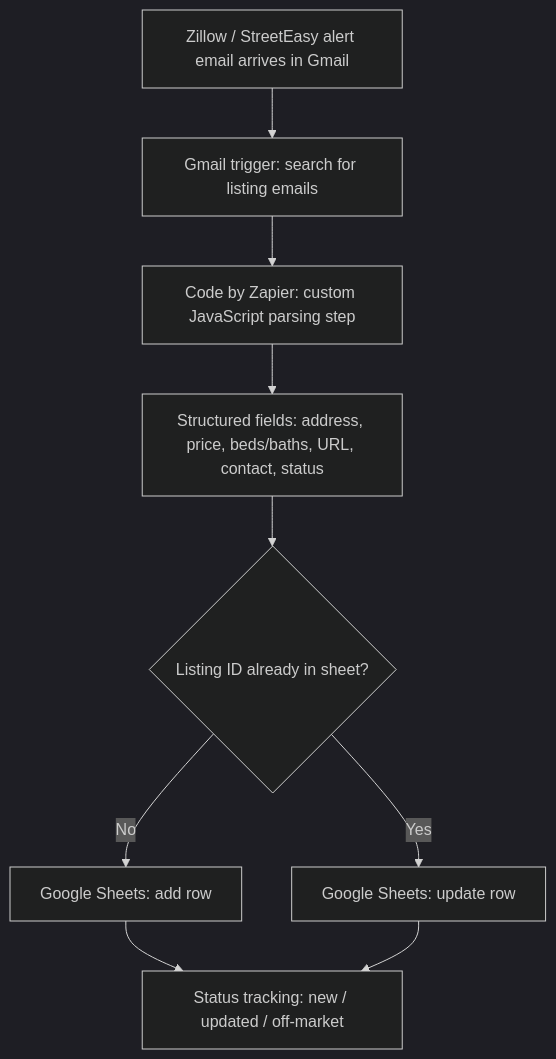
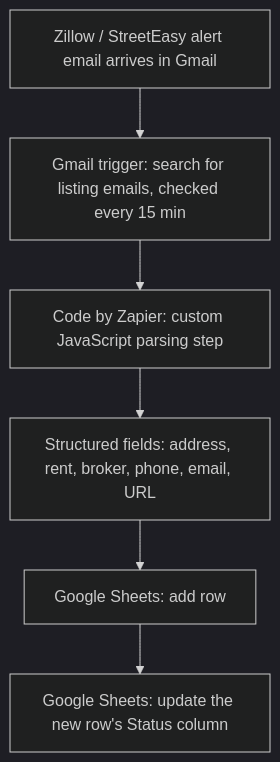
One commit to flamingblackman/lead-tracking-automation changed the diagram in README.md. Above: the diagram before and after it, drawn with Mermaid (dark theme). The commit also changed other lines of this file, not shown here.

Commit message:
Fix README to match the live Zap: append per email, regex fields, no dedup yet

````diff
--- a/README.md
+++ b/README.md
@@ -15,11 +17,8 @@
 ```mermaid
 flowchart TD
-    A[Zillow / StreetEasy alert email arrives in Gmail] --> B[Gmail trigger: search for listing emails]
+    A[Zillow / StreetEasy alert email arrives in Gmail] --> B[Gmail trigger: search for listing emails, checked every 15 min]
     B --> C[Code by Zapier: custom JavaScript parsing step]
-    C --> D[Structured fields: address, price, beds/baths, URL, contact, status]
-    D --> E{Listing ID already in sheet?}
-    E -->|No| F[Google Sheets: add row]
-    E -->|Yes| G[Google Sheets: update row]
-    F --> H[Status tracking: new / updated / off-market]
-    G --> H
+    C --> D[Structured fields: address, rent, broker, phone, email, URL]
+    D --> E[Google Sheets: add row]
+    E --> F[Google Sheets: update the new row's Status column]
 ```
````
